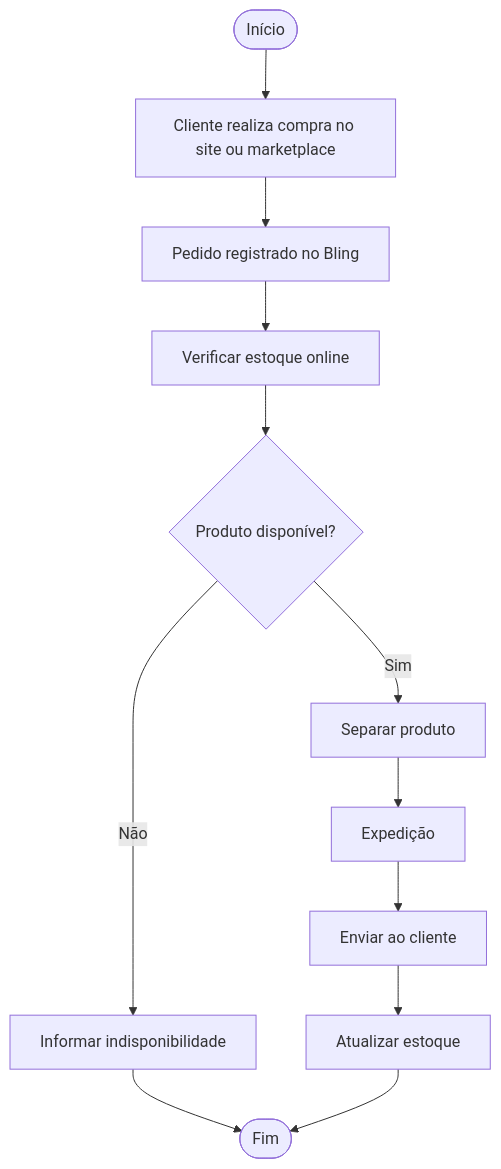
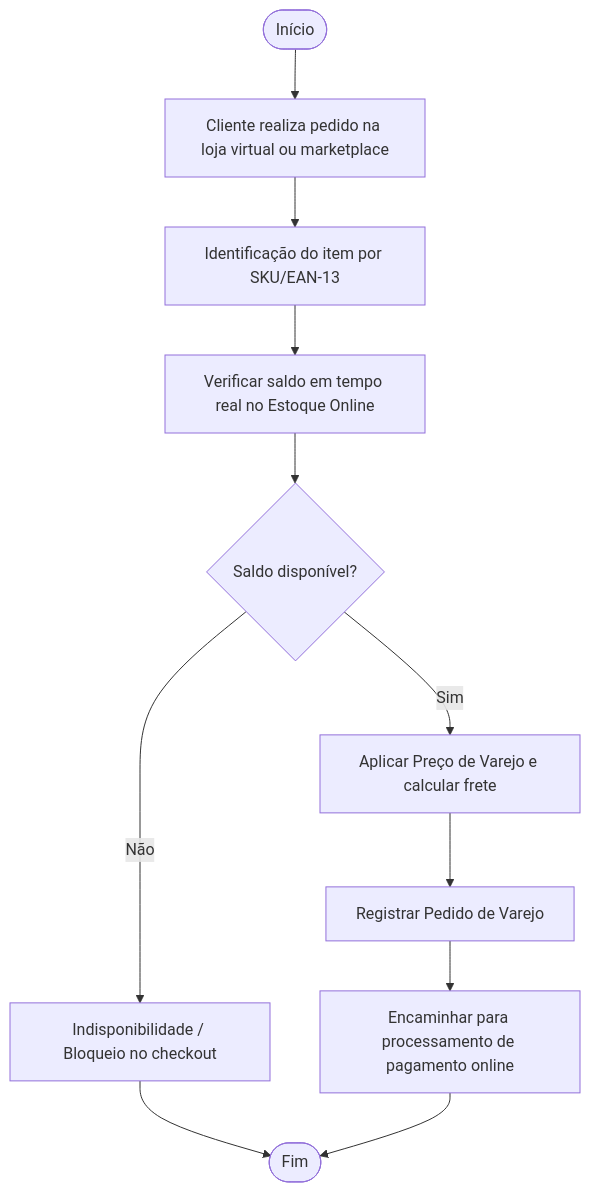
One commit to FortesLucas208/DataBaseActivity changed the fifth of 12 diagrams in README.md. Above: the diagram before and after it, drawn with Mermaid. The commit also changed other lines of this file, not shown here.

````diff
--- a/README.md
+++ b/README.md
@@ -169,14 +222,13 @@
 ```mermaid
-  flowchart TD
-    A([Início]) --> B[Cliente realiza compra no site ou marketplace]
-    B --> C[Pedido registrado no Bling]
-    C --> D[Verificar estoque online]
-    D --> E{Produto disponível?}
-    E -- Não --> F[Informar indisponibilidade]
-    F --> G([Fim])
-    E -- Sim --> H[Separar produto]
-    H --> I[Expedição]
-    I --> J[Enviar ao cliente]
-    J --> K[Atualizar estoque]
-    K --> G
+flowchart TD
+    A([Início]) --> B[Cliente realiza pedido na loja virtual ou marketplace]
+    B --> C[Identificação do item por SKU/EAN-13]
+    C --> D[Verificar saldo em tempo real no Estoque Online]
+    D --> E{Saldo disponível?}
+    E -- Não --> F[Indisponibilidade / Bloqueio no checkout]
+    F --> Z([Fim])
+    E -- Sim --> G[Aplicar Preço de Varejo e calcular frete]
+    G --> H[Registrar Pedido de Varejo]
+    H --> I[Encaminhar para processamento de pagamento online]
+    I --> Z
 ```
````
